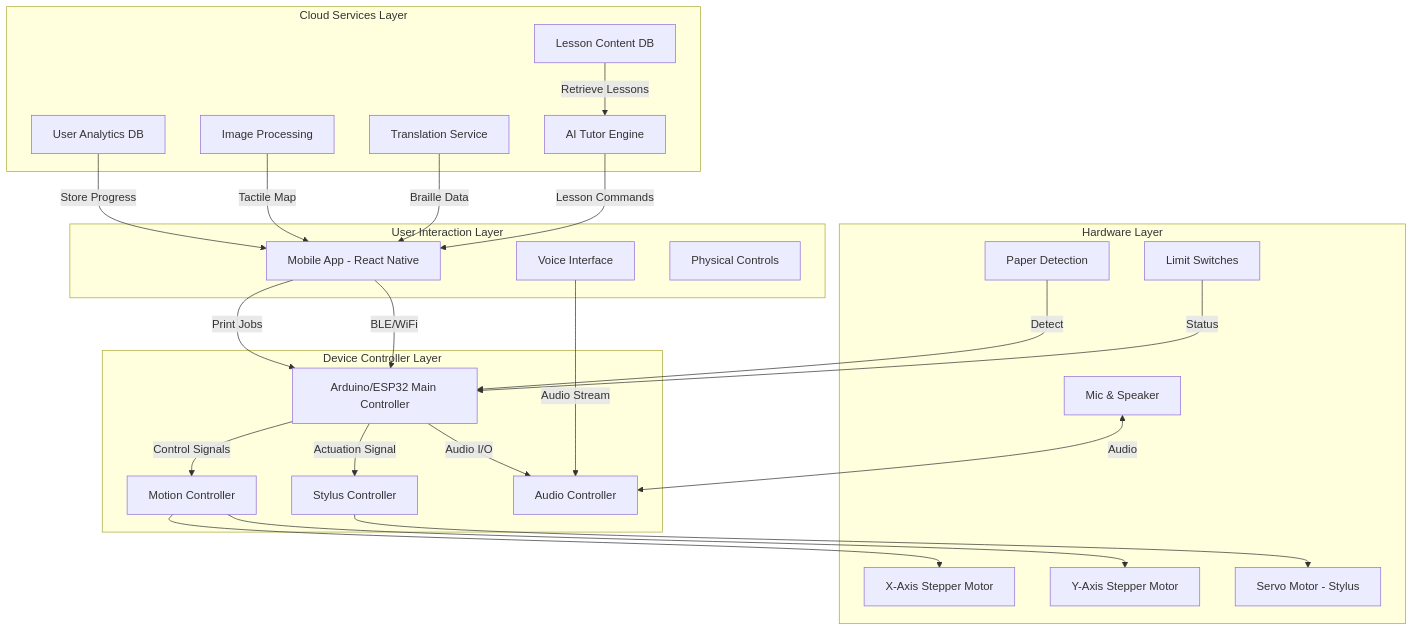
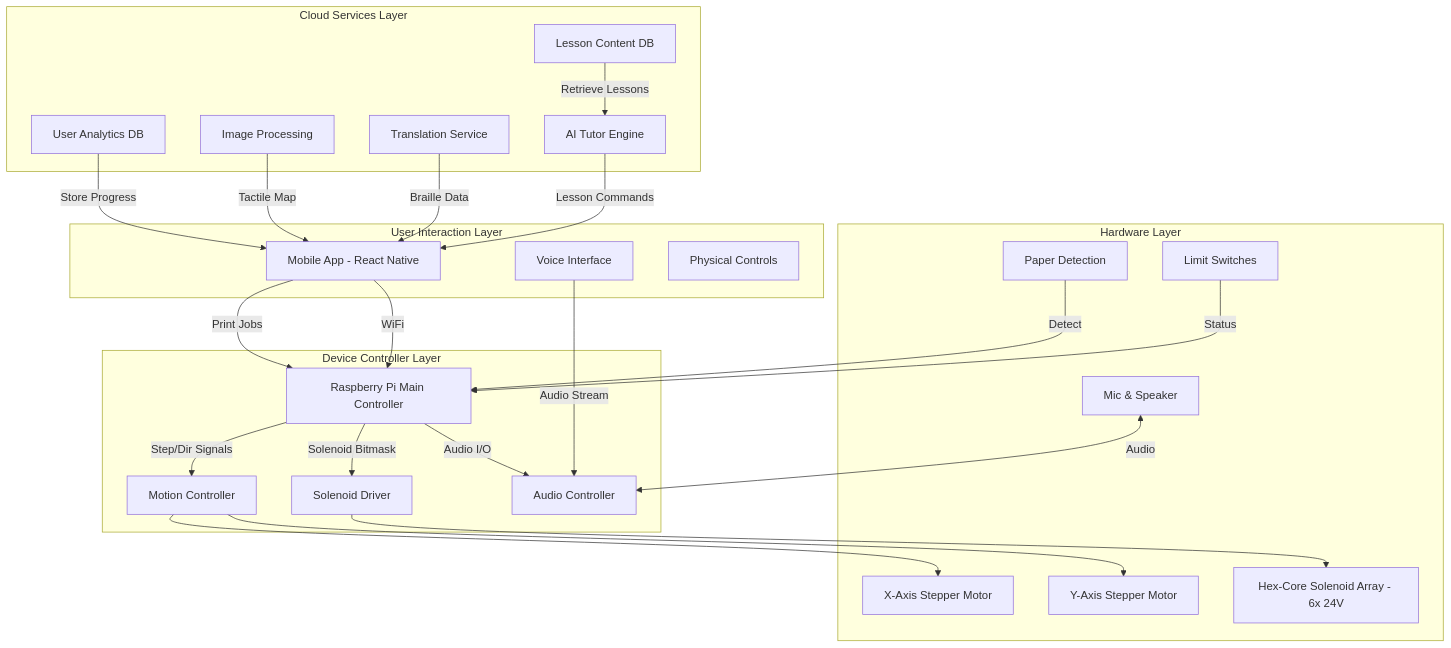
Before and after one commit to vikrantwiz02/DFP-13: the first of 5 diagrams in 04_System_Architecture.md, drawn with Mermaid. The commit also changed 5 other files, not shown here.

First line of the commit message:
Add comprehensive documentation for Hex-Core Solenoid Embossing Mechanism

````diff
--- a/04_System_Architecture.md
+++ b/04_System_Architecture.md
@@ -9,50 +9,50 @@
 ```mermaid
 graph TB
     subgraph "User Interaction Layer"
         A[Mobile App - React Native]
         B[Voice Interface]
         C[Physical Controls]
     end
     
     subgraph "Cloud Services Layer"
         D[AI Tutor Engine]
         E[Translation Service]
         F[Image Processing]
         G[User Analytics DB]
         H[Lesson Content DB]
     end
     
     subgraph "Device Controller Layer"
-        I[Arduino/ESP32 Main Controller]
+        I[Raspberry Pi Main Controller]
         J[Motion Controller]
-        K[Stylus Controller]
+        K[Solenoid Driver]
         L[Audio Controller]
     end
     
     subgraph "Hardware Layer"
         M[X-Axis Stepper Motor]
         N[Y-Axis Stepper Motor]
-        O[Servo Motor - Stylus]
+        O[Hex-Core Solenoid Array - 6x 24V]
         P[Limit Switches]
         Q[Mic & Speaker]
         R[Paper Detection]
     end
     
-    A -->|BLE/WiFi| I
+    A -->|WiFi| I
     B -->|Audio Stream| L
     D -->|Lesson Commands| A
     E -->|Braille Data| A
     F -->|Tactile Map| A
     A -->|Print Jobs| I
-    I -->|Control Signals| J
-    I -->|Actuation Signal| K
+    I -->|Step/Dir Signals| J
+    I -->|Solenoid Bitmask| K
     I -->|Audio I/O| L
     J --> M
     J --> N
     K --> O
     P -->|Status| I
     Q <-->|Audio| L
     R -->|Detect| I
     G -->|Store Progress| A
     H -->|Retrieve Lessons| D
 ```
````
